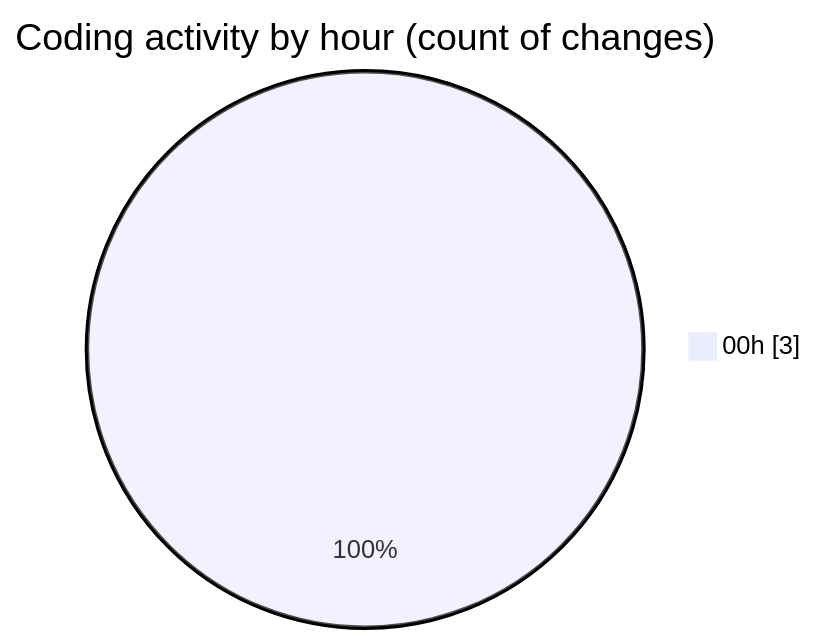
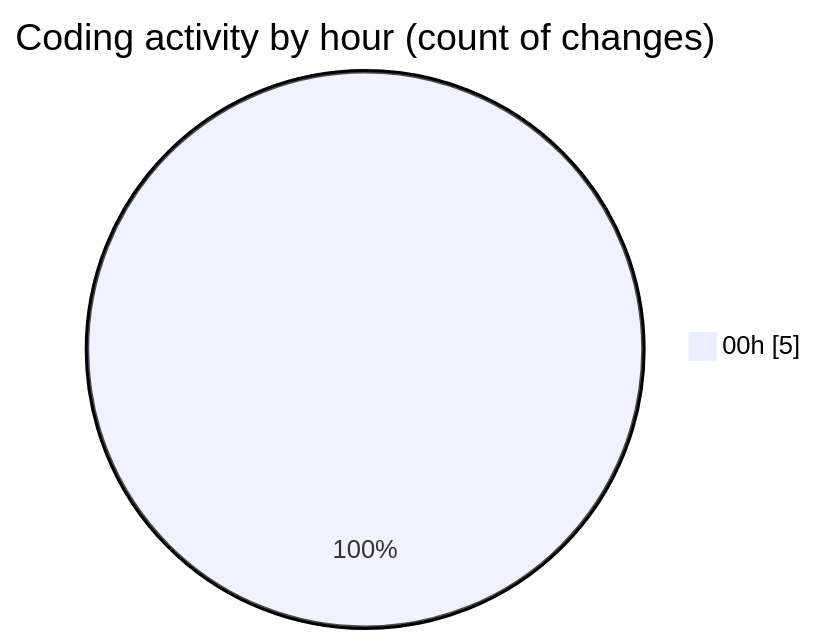
Before and after one commit to JenPaints/code-tracking: the second of 2 diagrams in 2025-06-21/archive/README.md, drawn with Mermaid. The commit also changed other lines of this file and 1 other file, not shown here.

````diff
--- a/2025-06-21/archive/README.md
+++ b/2025-06-21/archive/README.md
@@ -29,5 +33,5 @@
 ```mermaid
 pie showData
 title Coding activity by hour (count of changes)
-"00h" : 3
+"00h" : 5
 ```
````
